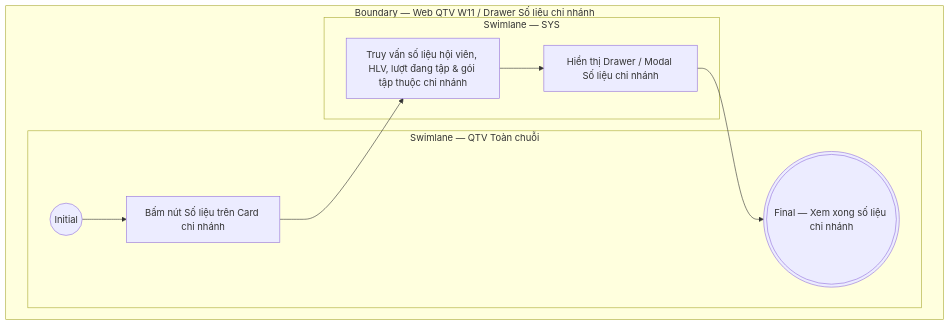
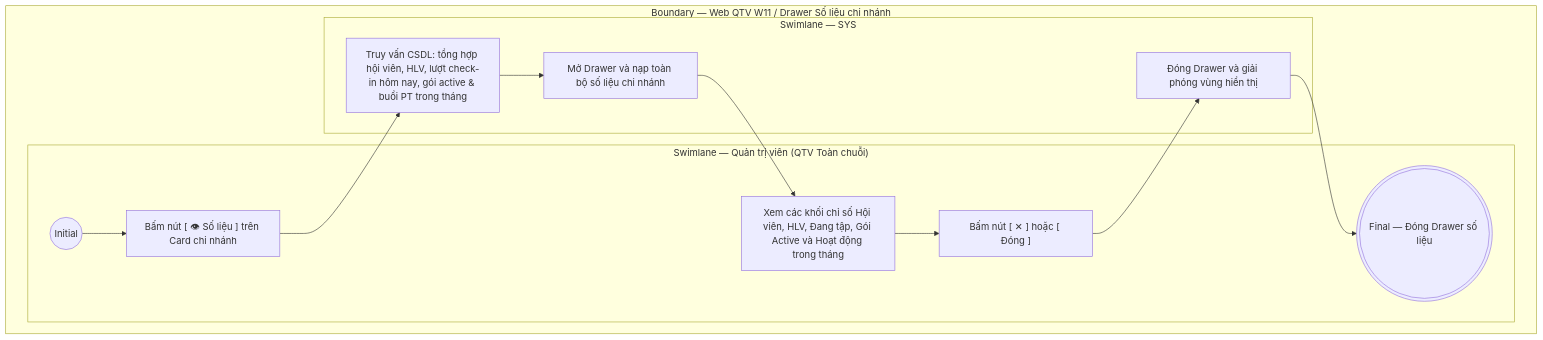
Before and after one commit to ThachY-23120411/Paradise-Gym-v2: the diagram in docs/user-stories/qtv/QTV-W11-Chi nhánh/QTV-W11-US04-Xem số liệu chi nhánh.md, drawn with Mermaid. The commit also changed other lines of this file and 97 other files, not shown here.

````diff
--- a/docs/user-stories/qtv/QTV-W11-Chi nhánh/QTV-W11-US04-Xem số liệu chi nhánh.md
+++ b/docs/user-stories/qtv/QTV-W11-Chi nhánh/QTV-W11-US04-Xem số liệu chi nhánh.md
@@ -31,16 +65,24 @@
 ```mermaid
 flowchart TB
   subgraph B["Boundary — Web QTV W11 / Drawer Số liệu chi nhánh"]
-    subgraph L0["Swimlane — QTV Toàn chuỗi"]
+    subgraph L0["Swimlane — Quản trị viên (QTV Toàn chuỗi)"]
       I01(("Initial"))
-      A01["Bấm nút Số liệu trên Card chi nhánh"]
-      F01((("Final — Xem xong số liệu chi nhánh")))
+      A01["Bấm nút [ 👁 Số liệu ] trên Card chi nhánh"]
+      A02["Xem các khối chỉ số Hội viên, HLV, Đang tập, Gói Active và Hoạt động trong tháng"]
+      A03["Bấm nút [ ✕ ] hoặc [ Đóng ]"]
+      F01((("Final — Đóng Drawer số liệu")))
+
       I01 --> A01
+      A02 --> A03
     end
+
     subgraph L1["Swimlane — SYS"]
-      S01["Truy vấn số liệu hội viên, HLV, lượt đang tập & gói tập thuộc chi nhánh"]
-      S02["Hiển thị Drawer / Modal Số liệu chi nhánh"]
-      A01 --> S01 --> S02 --> F01
+      S01["Truy vấn CSDL: tổng hợp hội viên, HLV, lượt check-in hôm nay, gói active & buổi PT trong tháng"]
+      S02["Mở Drawer và nạp toàn bộ số liệu chi nhánh"]
+      S03["Đóng Drawer và giải phóng vùng hiển thị"]
+
+      A01 --> S01 --> S02 --> A02
+      A03 --> S03 --> F01
     end
   end
 ```
````
